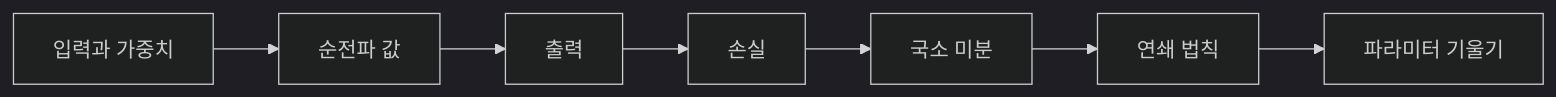
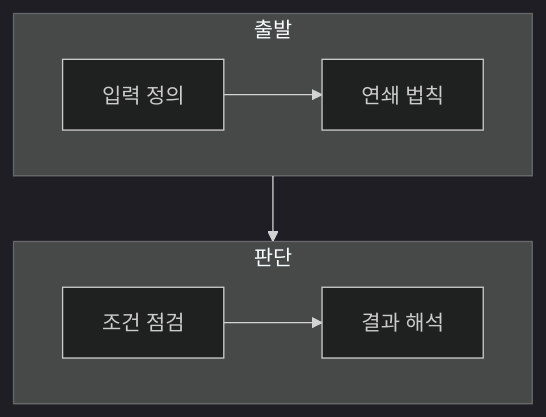
One commit to umyunsang/edu changed the diagram in ComputerScience/03_ai-ml-data/artificial-intelligence/notes/01. Backpropagation의 연쇄 법칙.md. Above: the diagram before and after it, drawn with Mermaid (dark theme). The commit also changed other lines of this file and 20 other files, not shown here.

````diff
--- a/ComputerScience/03_ai-ml-data/artificial-intelligence/notes/01. Backpropagation의 연쇄 법칙.md
+++ b/ComputerScience/03_ai-ml-data/artificial-intelligence/notes/01. Backpropagation의 연쇄 법칙.md
@@ -20,9 +23,12 @@
 ```mermaid
-flowchart LR
-  A[입력과 가중치] --> B[순전파 값]
-  B --> C[출력]
-  C --> D[손실]
-  D --> E[국소 미분]
-  E --> F[연쇄 법칙]
-  F --> G[파라미터 기울기]
+flowchart TB
+    subgraph Input[출발]
+        direction LR
+        A[입력 정의] --> B[연쇄 법칙]
+    end
+    subgraph Decision[판단]
+        direction LR
+        C[조건 점검] --> D[결과 해석]
+    end
+    B --> C
 ```
````
